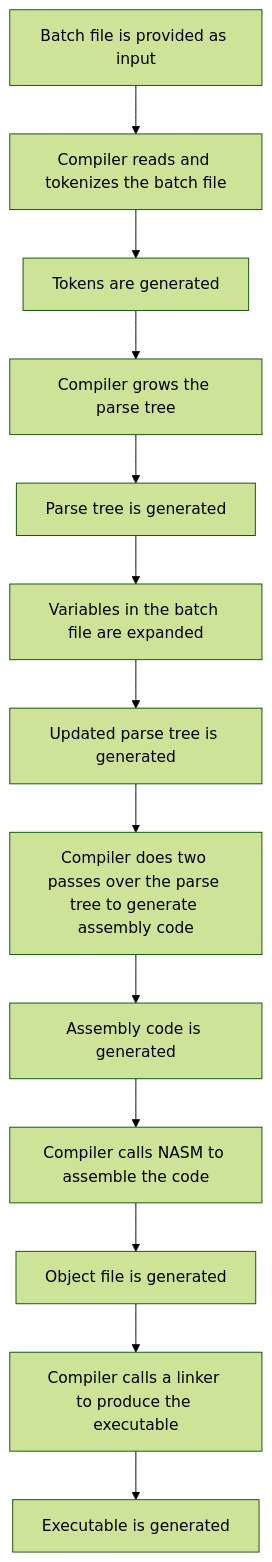
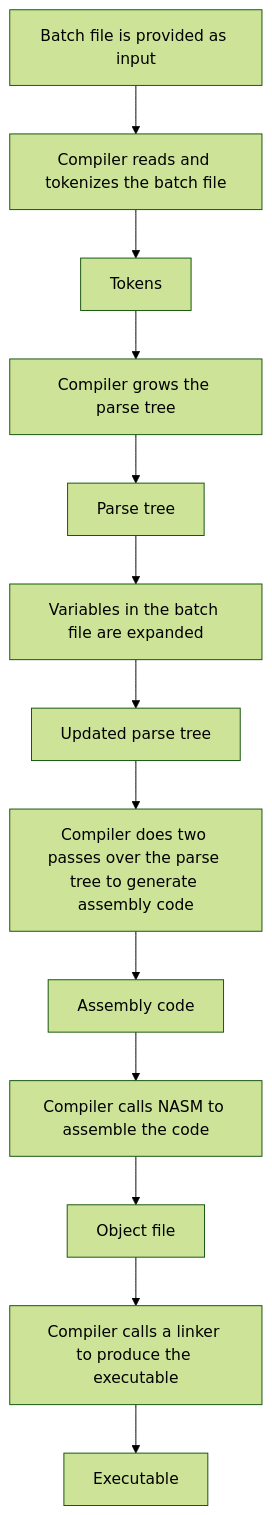
The diagram in README.md (benja2998/batch), drawn with Mermaid (forest theme) before and after one commit. The commit also changed other lines of this file and 3 other files, not shown here.

````diff
--- a/README.md
+++ b/README.md
@@ -65,15 +73,15 @@
 ```mermaid
 flowchart TD
   A[Batch file is provided as input] --> B[Compiler reads and tokenizes the batch file]
-  B --> C[Tokens are generated]
+  B --> C[Tokens]
   C --> D[Compiler grows the parse tree]
-  D --> E[Parse tree is generated]
+  D --> E[Parse tree]
   E --> F[Variables in the batch file are expanded]
-  F --> G[Updated parse tree is generated]
+  F --> G[Updated parse tree]
   G --> H[Compiler does two passes over the parse tree to generate assembly code]
-  H --> I[Assembly code is generated]
+  H --> I[Assembly code]
   I --> J[Compiler calls NASM to assemble the code]
-  J --> K[Object file is generated]
+  J --> K[Object file]
   K --> L[Compiler calls a linker to produce the executable]
-  L --> M[Executable is generated]
+  L --> M[Executable]
 ```
````
